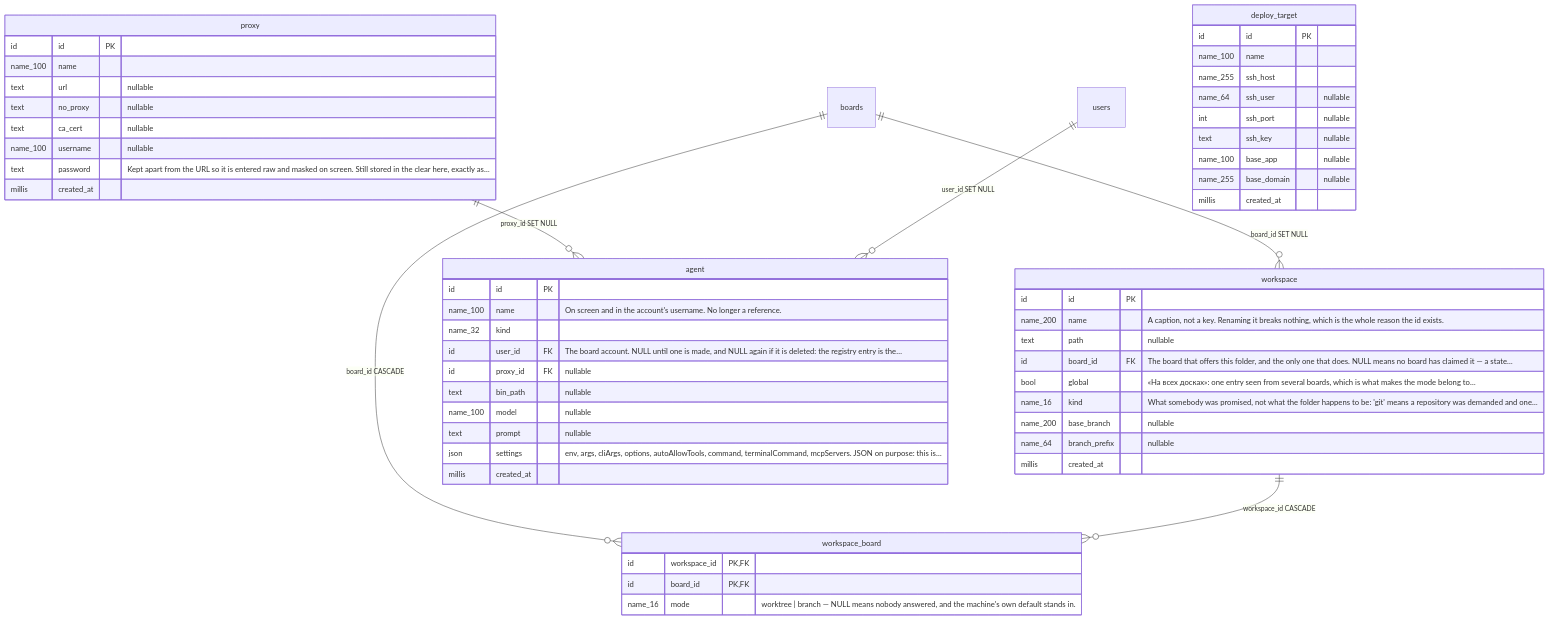
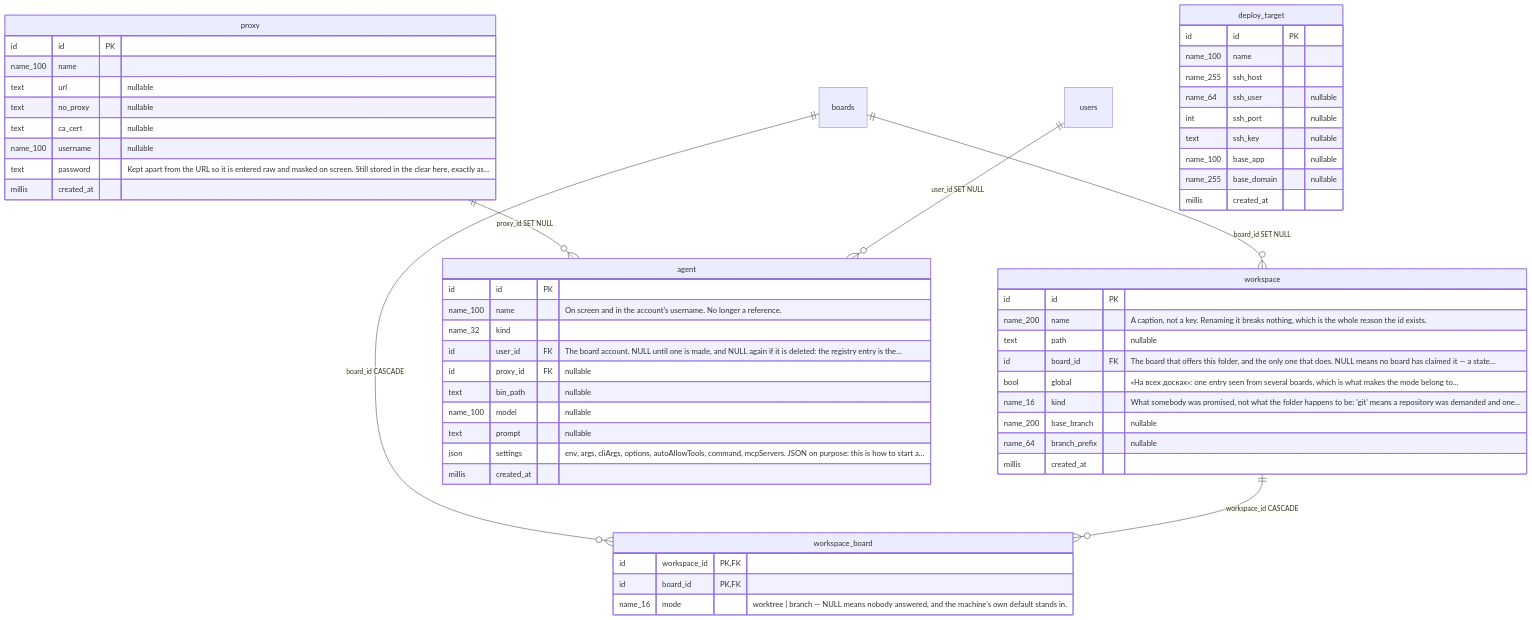
One commit to artipop/pourquoipas changed the fourth of 10 diagrams in docs/schema/erd.md. Above: the diagram before and after it, drawn with Mermaid. The commit also changed other lines of this file and 216 other files, not shown here.

````diff
--- a/docs/schema/erd.md
+++ b/docs/schema/erd.md
@@ -284,58 +284,58 @@
 ```mermaid
 erDiagram
     boards ||--o{ workspace : "board_id SET NULL"
     boards ||--o{ workspace_board : "board_id CASCADE"
     proxy ||--o{ agent : "proxy_id SET NULL"
     users ||--o{ agent : "user_id SET NULL"
     workspace ||--o{ workspace_board : "workspace_id CASCADE"
 
     workspace {
         id id PK
         name_200 name "A caption, not a key. Renaming it breaks nothing, which is the whole reason the id exists."
         text path "nullable"
         id board_id FK "The board that offers this folder, and the only one that does. NULL means no board has claimed it — a state…"
         bool global "«На всех досках»: one entry seen from several boards, which is what makes the mode belong to…"
         name_16 kind "What somebody was promised, not what the folder happens to be: 'git' means a repository was demanded and one…"
         name_200 base_branch "nullable"
         name_64 branch_prefix "nullable"
         millis created_at
     }
     workspace_board {
         id workspace_id PK, FK
         id board_id PK, FK
         name_16 mode "worktree | branch — NULL means nobody answered, and the machine's own default stands in."
     }
     agent {
         id id PK
         name_100 name "On screen and in the account's username. No longer a reference."
         name_32 kind
         id user_id FK "The board account. NULL until one is made, and NULL again if it is deleted: the registry entry is the…"
         id proxy_id FK "nullable"
         text bin_path "nullable"
         name_100 model "nullable"
         text prompt "nullable"
-        json settings "env, args, cliArgs, options, autoAllowTools, command, terminalCommand, mcpServers. JSON on purpose: this is…"
+        json settings "env, args, cliArgs, options, autoAllowTools, command, mcpServers. JSON on purpose: this is how to start a…"
         millis created_at
     }
     proxy {
         id id PK
         name_100 name
         text url "nullable"
         text no_proxy "nullable"
         text ca_cert "nullable"
         name_100 username "nullable"
         text password "Kept apart from the URL so it is entered raw and masked on screen. Still stored in the clear here, exactly as…"
         millis created_at
     }
     deploy_target {
         id id PK
         name_100 name
         name_255 ssh_host
         name_64 ssh_user "nullable"
         int ssh_port "nullable"
         text ssh_key "nullable"
         name_100 base_app "nullable"
         name_255 base_domain "nullable"
         millis created_at
     }
 ```
````
